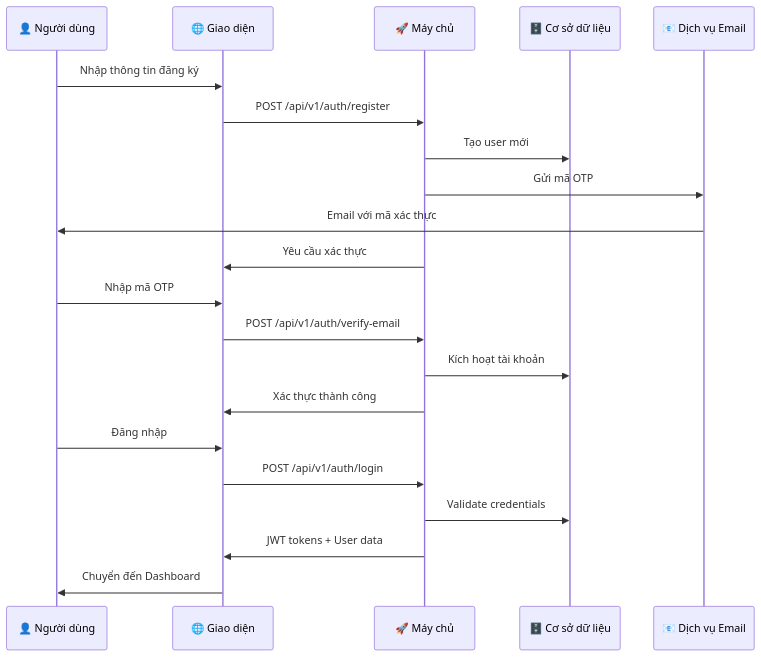
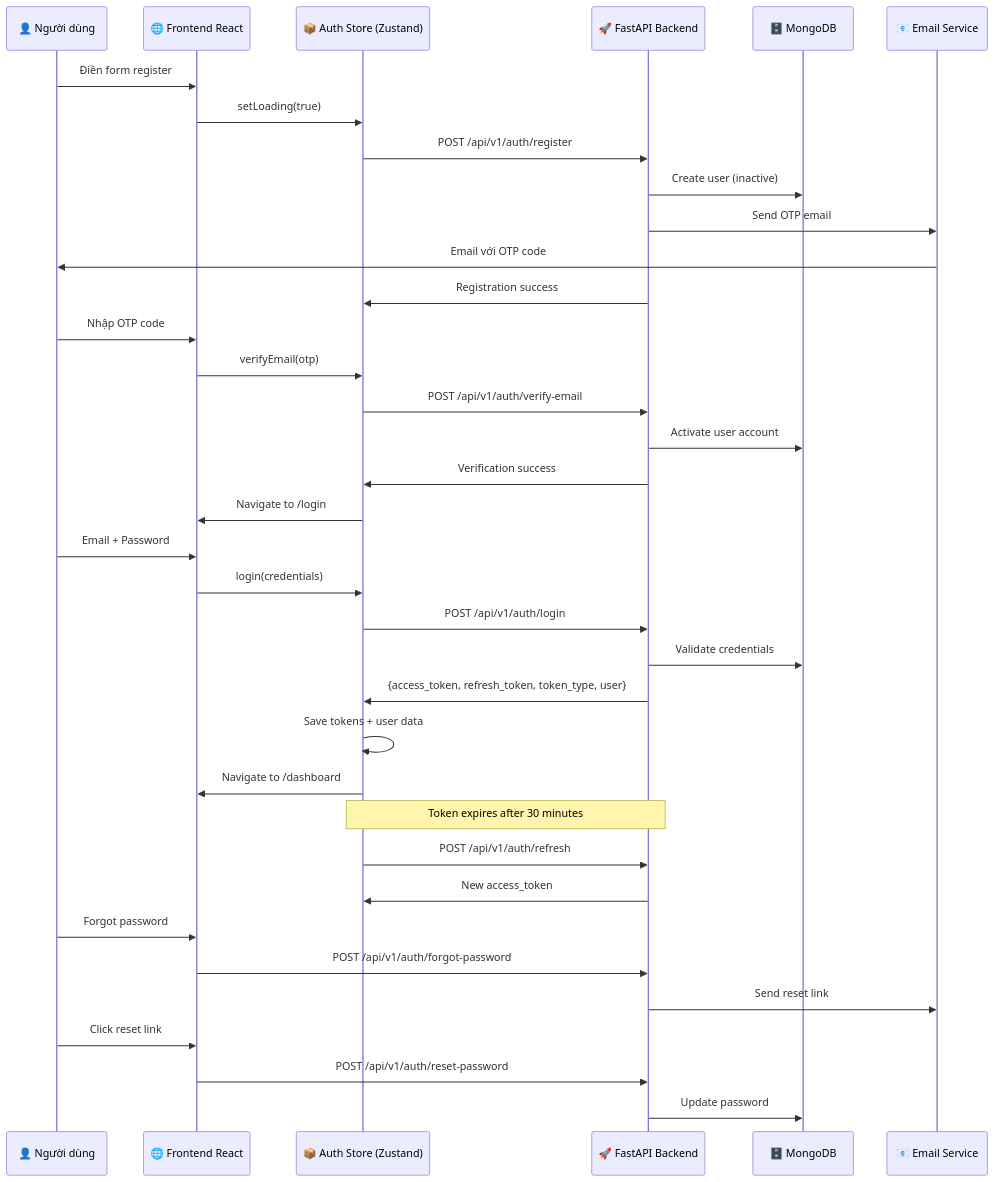
The second of 32 diagrams in USER_FLOW.md (ta28nov/LEARNING-AI), drawn with Mermaid before and after one commit. The commit also changed other lines of this file and 9 other files, not shown here.

````diff
--- a/USER_FLOW.md
+++ b/USER_FLOW.md
@@ -111,28 +115,47 @@
 ```mermaid
 sequenceDiagram
     participant User as 👤 Người dùng
-    participant FE as 🌐 Giao diện
-    participant BE as 🚀 Máy chủ
-    participant DB as 🗄️ Cơ sở dữ liệu
-    participant Email as 📧 Dịch vụ Email
+    participant FE as 🌐 Frontend React
+    participant Store as 📦 Auth Store (Zustand)
+    participant API as 🚀 FastAPI Backend
+    participant DB as 🗄️ MongoDB
+    participant Email as 📧 Email Service
     
-    %% Registration Flow
-    User->>FE: Nhập thông tin đăng ký
-    FE->>BE: POST /api/v1/auth/register
-    BE->>DB: Tạo user mới
-    BE->>Email: Gửi mã OTP
-    Email->>User: Email với mã xác thực
-    BE->>FE: Yêu cầu xác thực
+    %% Registration Flow (3 endpoints)
+    User->>FE: Điền form register
+    FE->>Store: setLoading(true)
+    Store->>API: POST /api/v1/auth/register
+    API->>DB: Create user (inactive)
+    API->>Email: Send OTP email
+    Email->>User: Email với OTP code
+    API->>Store: Registration success
     
-    User->>FE: Nhập mã OTP
-    FE->>BE: POST /api/v1/auth/verify-email
-    BE->>DB: Kích hoạt tài khoản
-    BE->>FE: Xác thực thành công
+    User->>FE: Nhập OTP code
+    FE->>Store: verifyEmail(otp)
+    Store->>API: POST /api/v1/auth/verify-email
+    API->>DB: Activate user account
+    API->>Store: Verification success
+    Store->>FE: Navigate to /login
     
-    %% Login Flow
-    User->>FE: Đăng nhập
-    FE->>BE: POST /api/v1/auth/login
-    BE->>DB: Validate credentials
-    BE->>FE: JWT tokens + User data
-    FE->>User: Chuyển đến Dashboard
+    %% Login Flow (1 endpoint + token refresh)
+    User->>FE: Email + Password
+    FE->>Store: login(credentials)
+    Store->>API: POST /api/v1/auth/login
+    API->>DB: Validate credentials
+    API->>Store: {access_token, refresh_token, token_type, user}
+    Store->>Store: Save tokens + user data
+    Store->>FE: Navigate to /dashboard
+    
+    %% Auto Token Refresh
+    Note over Store,API: Token expires after 30 minutes
+    Store->>API: POST /api/v1/auth/refresh
+    API->>Store: New access_token
+    
+    %% Password Reset Flow (2 endpoints)
+    User->>FE: Forgot password
+    FE->>API: POST /api/v1/auth/forgot-password
+    API->>Email: Send reset link
+    User->>FE: Click reset link
+    FE->>API: POST /api/v1/auth/reset-password
+    API->>DB: Update password
 ```
````
